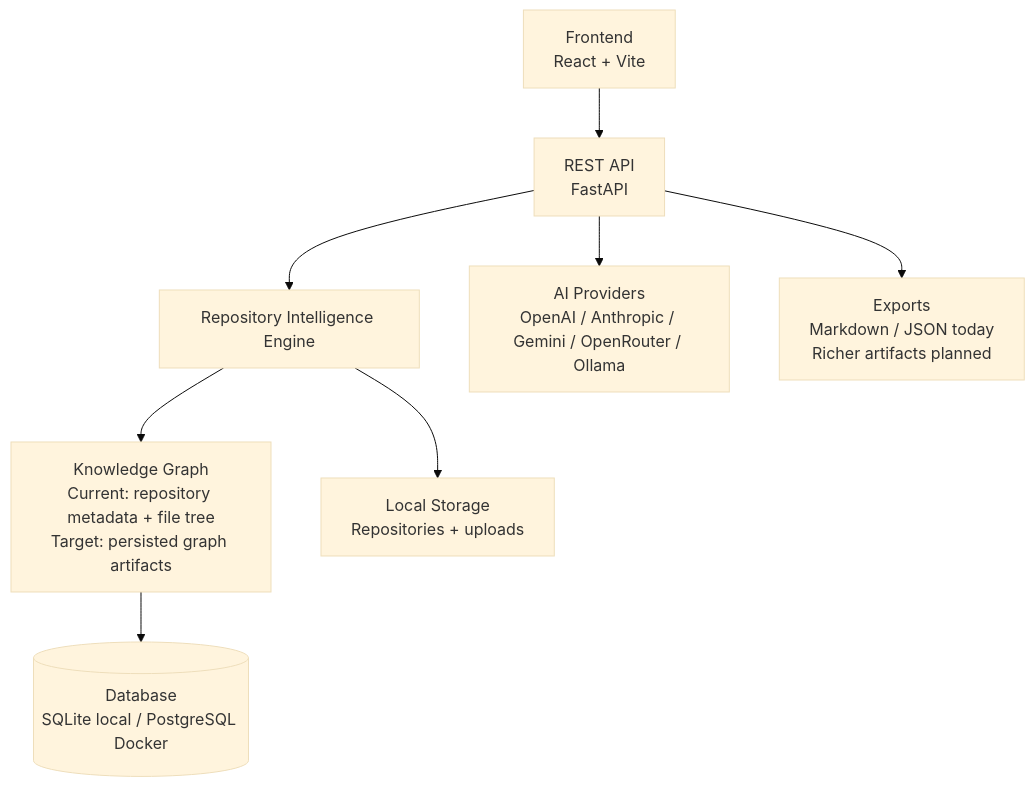
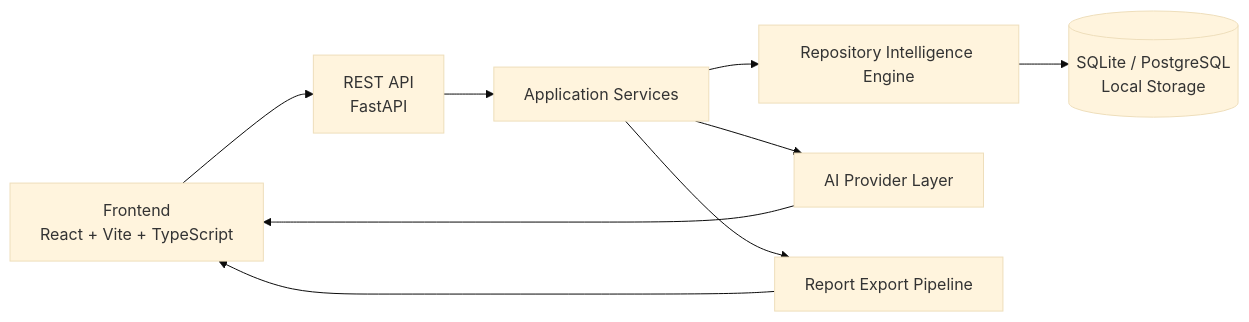
The third of 6 diagrams in README.md (Second-Origin/PARTHA), drawn with Mermaid (base theme) before and after one commit. The commit also changed other lines of this file and 8 other files, not shown here.

````diff
--- a/README.md
+++ b/README.md
@@ -157,10 +132,19 @@
 ```mermaid
-flowchart TD
-    A[Frontend<br/>React + Vite] --> B[REST API<br/>FastAPI]
-    B --> C[Repository Intelligence Engine]
-    C --> D[Knowledge Graph<br/>Current: repository metadata + file tree<br/>Target: persisted graph artifacts]
-    D --> E[(Database<br/>SQLite local / PostgreSQL Docker)]
-    C --> F[Local Storage<br/>Repositories + uploads]
-    B --> G[AI Providers<br/>OpenAI / Anthropic / Gemini / OpenRouter / Ollama]
-    B --> H[Exports<br/>Markdown / JSON today<br/>Richer artifacts planned]
+flowchart LR
+    UI[Frontend<br/>React + Vite + TypeScript]
+    API[REST API<br/>FastAPI]
+    Services[Application Services]
+    Intelligence[Repository Intelligence Engine]
+    Storage[(SQLite / PostgreSQL<br/>Local Storage)]
+    AI[AI Provider Layer]
+    Reports[Report Export Pipeline]
+
+    UI --> API
+    API --> Services
+    Services --> Intelligence
+    Services --> Reports
+    Services --> AI
+    Intelligence --> Storage
+    Reports --> UI
+    AI --> UI
 ```
````
